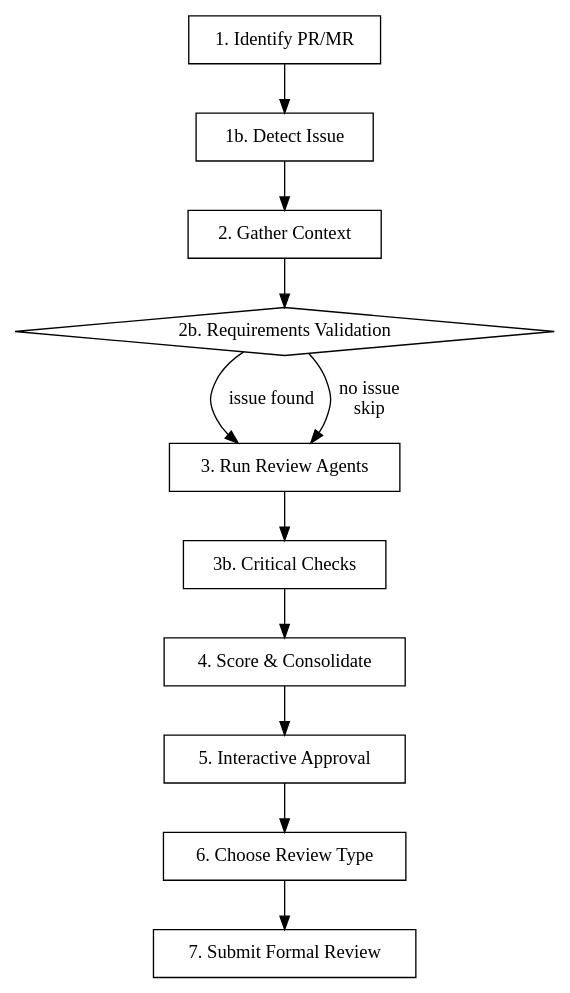
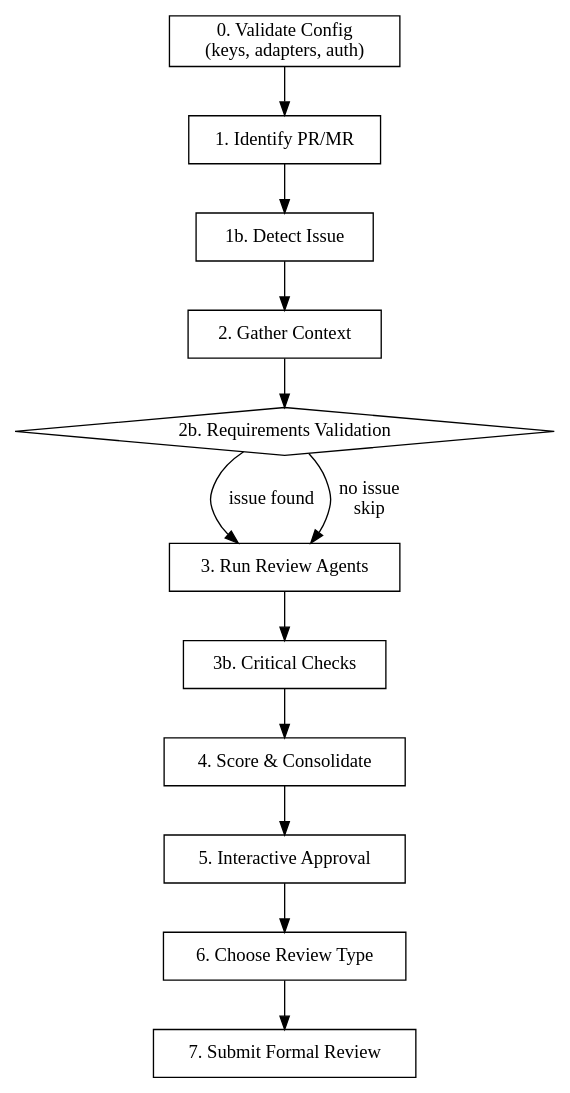
Before and after one commit to rodrigomanhaes/flowyeah: the diagram in plugins/flowyeah/skills/review/SKILL.md, drawn with Graphviz. The commit also changed other lines of this file and 8 other files, not shown here.

````diff
--- a/plugins/flowyeah/skills/review/SKILL.md
+++ b/plugins/flowyeah/skills/review/SKILL.md
@@ -16,23 +16,24 @@
 ```dot
 digraph review {
     rankdir=TB;
     node [shape=box];
 
+    validate [label="0. Validate Config\n(keys, adapters, auth)"];
     identify [label="1. Identify PR/MR"];
     issue [label="1b. Detect Issue"];
     context [label="2. Gather Context"];
     requirements [label="2b. Requirements Validation" shape=diamond];
     agents [label="3. Run Review Agents"];
     checks [label="3b. Critical Checks"];
     score [label="4. Score & Consolidate"];
     approve [label="5. Interactive Approval"];
     type [label="6. Choose Review Type"];
     submit [label="7. Submit Formal Review"];
 
-    identify -> issue -> context;
+    validate -> identify -> issue -> context;
     context -> requirements;
     requirements -> agents [label="issue found"];
     requirements -> agents [label="no issue\nskip"];
     agents -> checks -> score -> approve -> type -> submit;
 }
 ```
````
